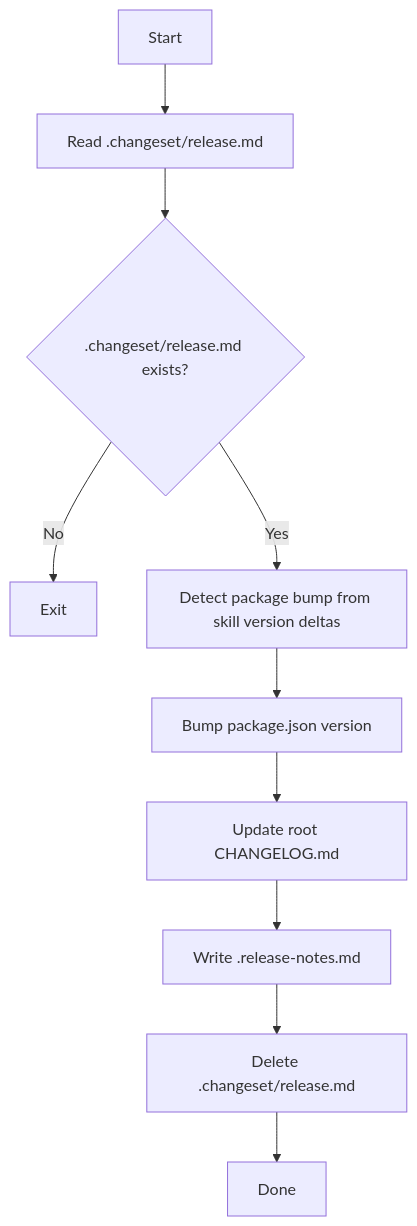
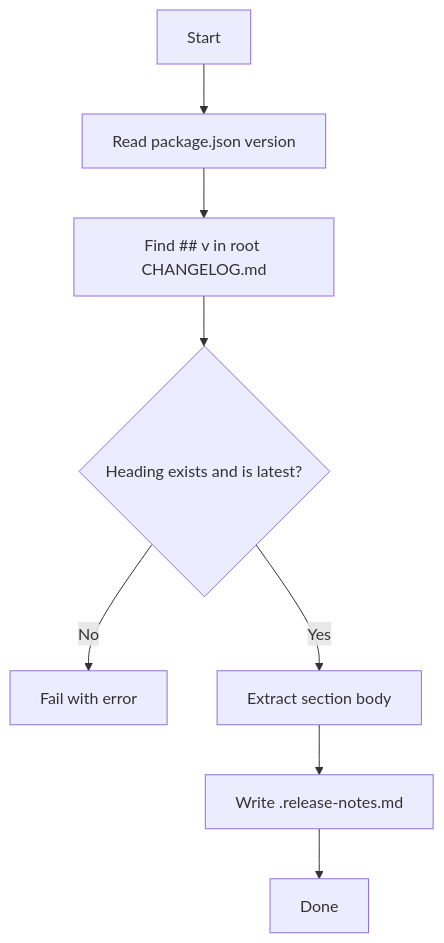
One commit to equinor/fusion-skills changed the diagram in scripts/release-finalize/README.md. Above: the diagram before and after it, drawn with Mermaid. The commit also changed other lines of this file and 13 other files, not shown here.

Commit message:
chore(release): switch to changelog-driven tagging and notes

````diff
--- a/scripts/release-finalize/README.md
+++ b/scripts/release-finalize/README.md
@@ -13,12 +12,10 @@
 ```mermaid
 flowchart TD
-  A[Start] --> B[Read .changeset/release.md]
-  B --> C{.changeset/release.md exists?}
-  C -- No --> D[Exit]
-  C -- Yes --> E[Detect package bump from skill version deltas]
-  E --> F[Bump package.json version]
-  F --> G[Update root CHANGELOG.md]
-  G --> H[Write .release-notes.md]
-  H --> I[Delete .changeset/release.md]
-  I --> J[Done]
+  A[Start] --> B[Read package.json version]
+  B --> C[Find ## v<version> in root CHANGELOG.md]
+  C --> D{Heading exists and is latest?}
+  D -- No --> E[Fail with error]
+  D -- Yes --> F[Extract section body]
+  F --> G[Write .release-notes.md]
+  G --> H[Done]
 ```
````
